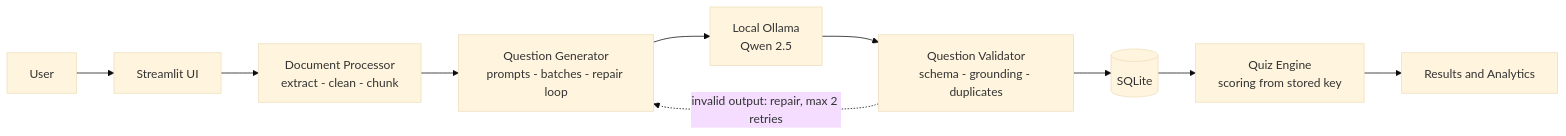
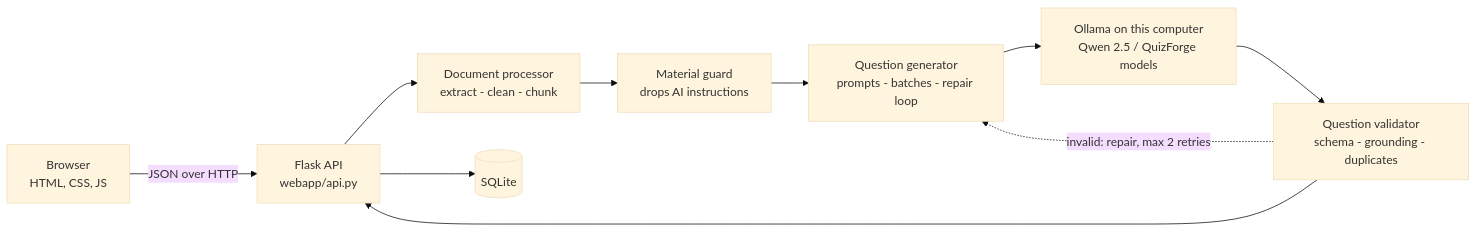
Before and after one commit to Suketu-ADT/quizforge-mcq-generator: the diagram in README.md, drawn with Mermaid (base theme). The commit also changed other lines of this file and 52 other files, not shown here.

````diff
--- a/README.md
+++ b/README.md
@@ -69,12 +103,12 @@
 ```mermaid
 flowchart LR
-    U[User] --> UI[Streamlit UI]
-    UI --> DP[Document Processor<br/>extract - clean - chunk]
-    DP --> QG[Question Generator<br/>prompts - batches - repair loop]
-    QG --> LLM[Local Ollama<br/>Qwen 2.5]
-    LLM --> QV[Question Validator<br/>schema - grounding - duplicates]
-    QV --> DB[(SQLite)]
-    DB --> QE[Quiz Engine<br/>scoring from stored key]
-    QE --> RA[Results and Analytics]
-    QV -. invalid output: repair, max 2 retries .-> QG
+    U[Browser<br/>HTML, CSS, JS] -- JSON over HTTP --> API[Flask API<br/>webapp/api.py]
+    API --> DP[Document processor<br/>extract - clean - chunk]
+    DP --> MG[Material guard<br/>drops AI instructions]
+    MG --> QG[Question generator<br/>prompts - batches - repair loop]
+    QG --> LLM[Ollama on this computer<br/>Qwen 2.5 / QuizForge models]
+    LLM --> QV[Question validator<br/>schema - grounding - duplicates]
+    QV --> API
+    API --> DB[(SQLite)]
+    QV -. invalid: repair, max 2 retries .-> QG
 ```
````
